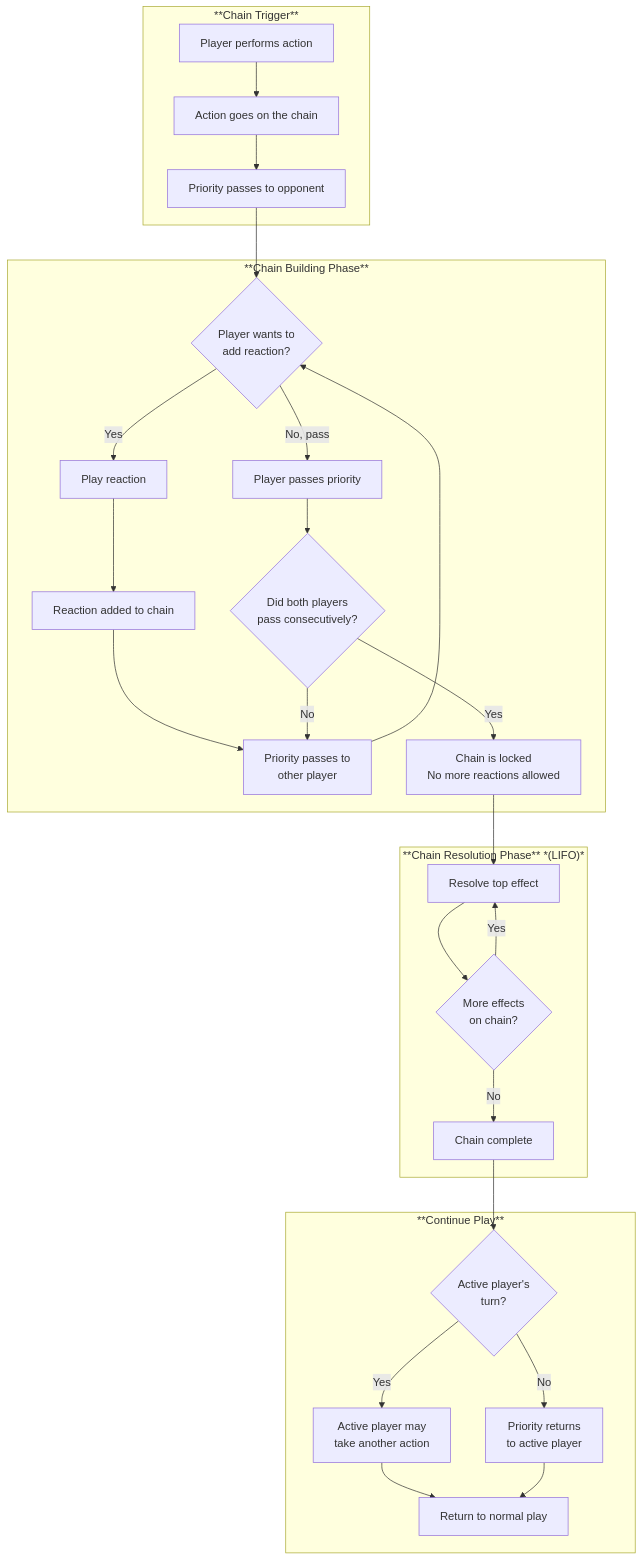
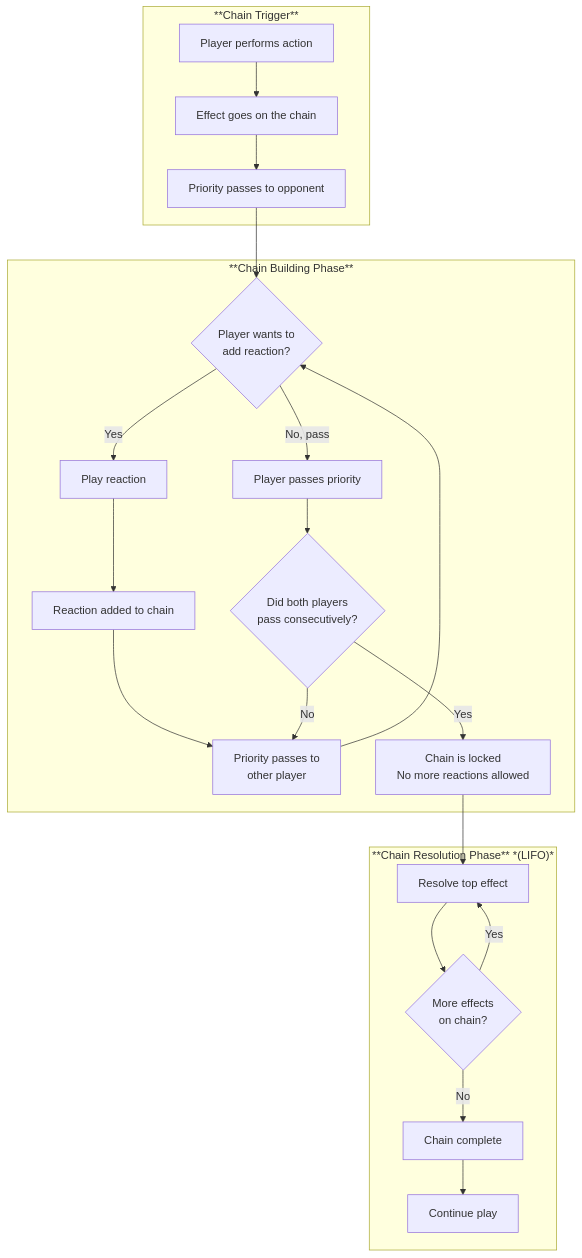
The second of 2 diagrams in docs/game-design.md (DirkWolthuis/card-game), drawn with Mermaid before and after one commit. The commit also changed other lines of this file, not shown here.

Commit message:
refine rules doc

````diff
--- a/docs/game-design.md
+++ b/docs/game-design.md
@@ -269,34 +260,27 @@
 ```mermaid
 flowchart TD
     subgraph Trigger["**Chain Trigger**"]
-        A[Player performs action] --> B[Action goes on the chain]
+        A[Player performs action] --> B[Effect goes on the chain]
         B --> C[Priority passes to opponent]
     end
 
     subgraph Build["**Chain Building Phase**"]
         C --> D{Player wants to<br/>add reaction?}
         D -->|Yes| E[Play reaction]
         E --> F[Reaction added to chain]
         F --> G[Priority passes to<br/>other player]
         G --> D
         D -->|No, pass| H[Player passes priority]
         H --> I{Did both players<br/>pass consecutively?}
         I -->|No| G
         I -->|Yes| L[Chain is locked<br/>No more reactions allowed]
     end
 
     subgraph Resolve["**Chain Resolution Phase** *(LIFO)*"]
         L --> M[Resolve top effect]
         M --> N{More effects<br/>on chain?}
         N -->|Yes| M
         N -->|No| O[Chain complete]
-    end
-
-    subgraph Continue["**Continue Play**"]
-        O --> P{Active player's<br/>turn?}
-        P -->|Yes| Q[Active player may<br/>take another action]
-        P -->|No| R[Priority returns<br/>to active player]
-        Q --> S[Return to normal play]
-        R --> S
+        O --> X[Continue play]
     end
 ```
````
